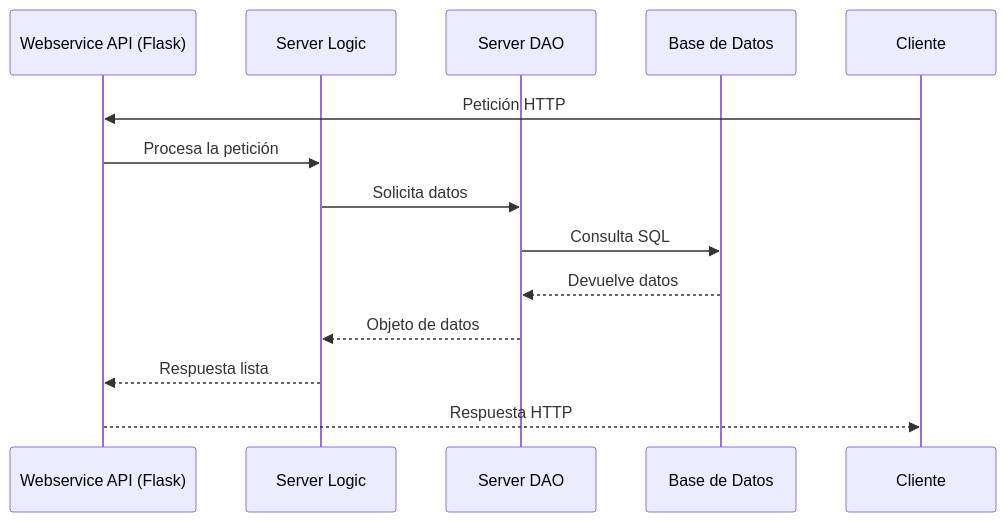
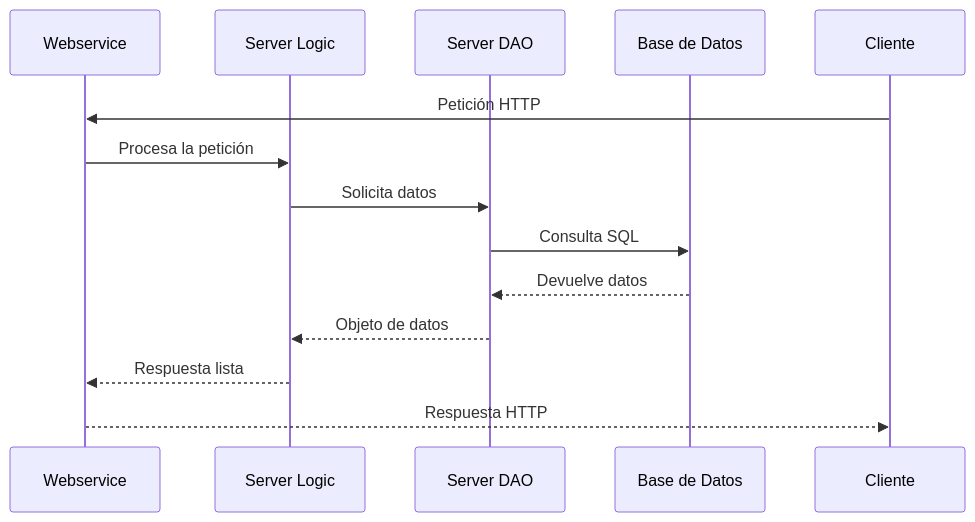
One commit to Dariella06/Rifters changed the diagram in Diagramas/Servidor.mermaid. Above: the diagram before and after it, drawn with Mermaid.

```diff
--- a/Diagramas/Servidor.mermaid
+++ b/Diagramas/Servidor.mermaid
@@ -1,14 +1,14 @@
 sequenceDiagram
-    participant WebAPI as Webservice API (Flask)
+    participant WebAPI as Webservice
     participant ServerLogic as Server Logic
     participant DAO as Server DAO
     participant DB as Base de Datos
 
     Cliente->>WebAPI: Petición HTTP
     WebAPI->>ServerLogic: Procesa la petición
     ServerLogic->>DAO: Solicita datos
     DAO->>DB: Consulta SQL
     DB-->>DAO: Devuelve datos
     DAO-->>ServerLogic: Objeto de datos
     ServerLogic-->>WebAPI: Respuesta lista
     WebAPI-->>Cliente: Respuesta HTTP
```
